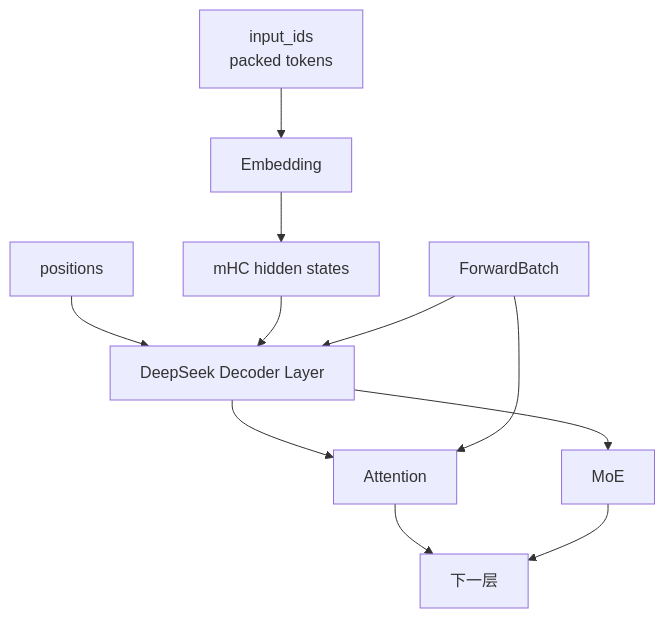
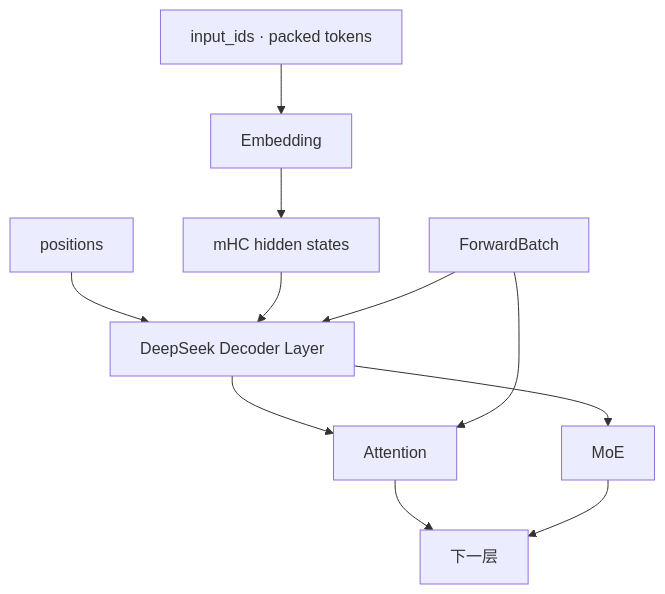
One commit to AkiYangDev/llm-inference-notes changed the fourth of 5 diagrams in docs/sglang/sglang-modelrunner-source-analysis.md. Above: the diagram before and after it, drawn with Mermaid. The commit also changed other lines of this file and 44 other files, not shown here.

````diff
--- a/docs/sglang/sglang-modelrunner-source-analysis.md
+++ b/docs/sglang/sglang-modelrunner-source-analysis.md
@@ -384,17 +374,17 @@
 ```mermaid
 flowchart TD
-    I[input_ids<br/>packed tokens]
+    I[input_ids · packed tokens]
     I --> E[Embedding]
     E --> H[mHC hidden states]
 
     P[positions] --> L[DeepSeek Decoder Layer]
     H --> L
     F[ForwardBatch] --> L
 
     L --> A[Attention]
     L --> M[MoE]
 
     F --> A
     A --> N[下一层]
     M --> N
 ```
````
